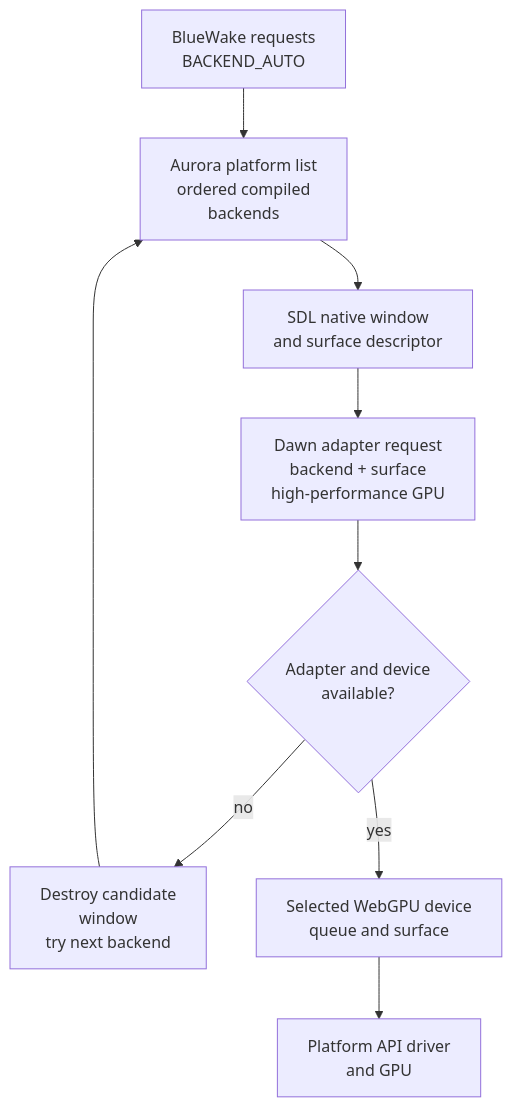
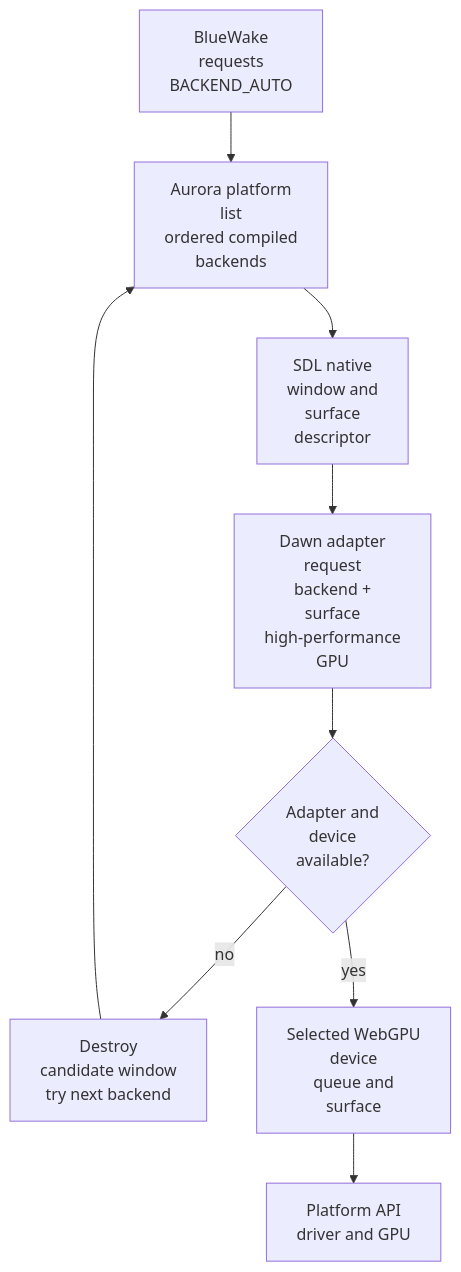
The third of 11 diagrams in docs/architecture/Graphics.md (Aelbannan/boat_of_daphnes), drawn with Mermaid before and after one commit. The commit also changed other lines of this file, not shown here.

Commit message:
Wrap Graphics labels more tightly

````diff
--- a/docs/architecture/Graphics.md
+++ b/docs/architecture/Graphics.md
@@ -164,15 +164,15 @@
 ```mermaid
 flowchart TD
-    Auto["BlueWake requests<br>BACKEND_AUTO"]
-    List["Aurora platform list<br>ordered compiled<br>backends"]
-    Window["SDL native window<br>and surface descriptor"]
-    Adapter["Dawn adapter request<br>backend + surface<br>high-performance GPU"]
-    Ready{"Adapter and device<br>available?"}
-    Next["Destroy candidate<br>window<br>try next backend"]
-    Device["Selected WebGPU device<br>queue and surface"]
-    API["Platform API driver<br>and GPU"]
+    Auto["BlueWake<br>requests<br>BACKEND_AUTO"]
+    List["Aurora platform<br>list<br>ordered compiled<br>backends"]
+    Window["SDL native<br>window and<br>surface<br>descriptor"]
+    Adapter["Dawn adapter<br>request<br>backend +<br>surface<br>high-performance<br>GPU"]
+    Ready{"Adapter and<br>device<br>available?"}
+    Next["Destroy<br>candidate window<br>try next backend"]
+    Device["Selected WebGPU<br>device<br>queue and<br>surface"]
+    API["Platform API<br>driver and GPU"]
 
     Auto --> List --> Window --> Adapter --> Ready
     Ready -->|"no"| Next --> List
     Ready -->|"yes"| Device --> API
 ```
````
